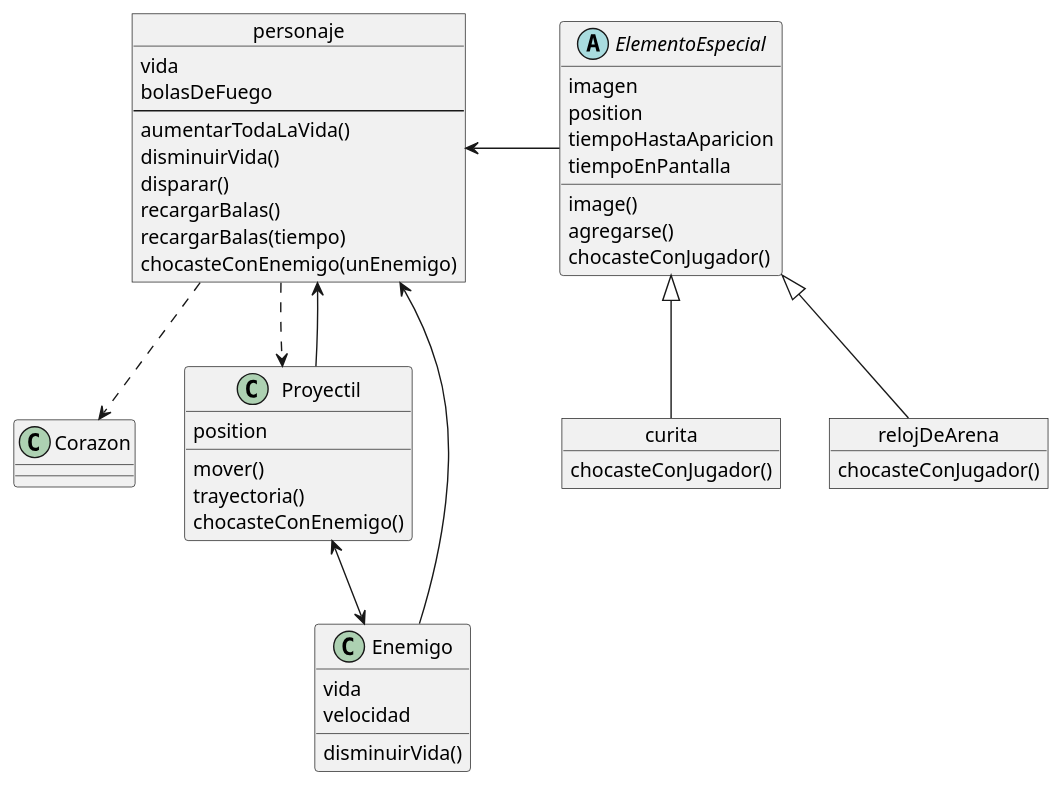
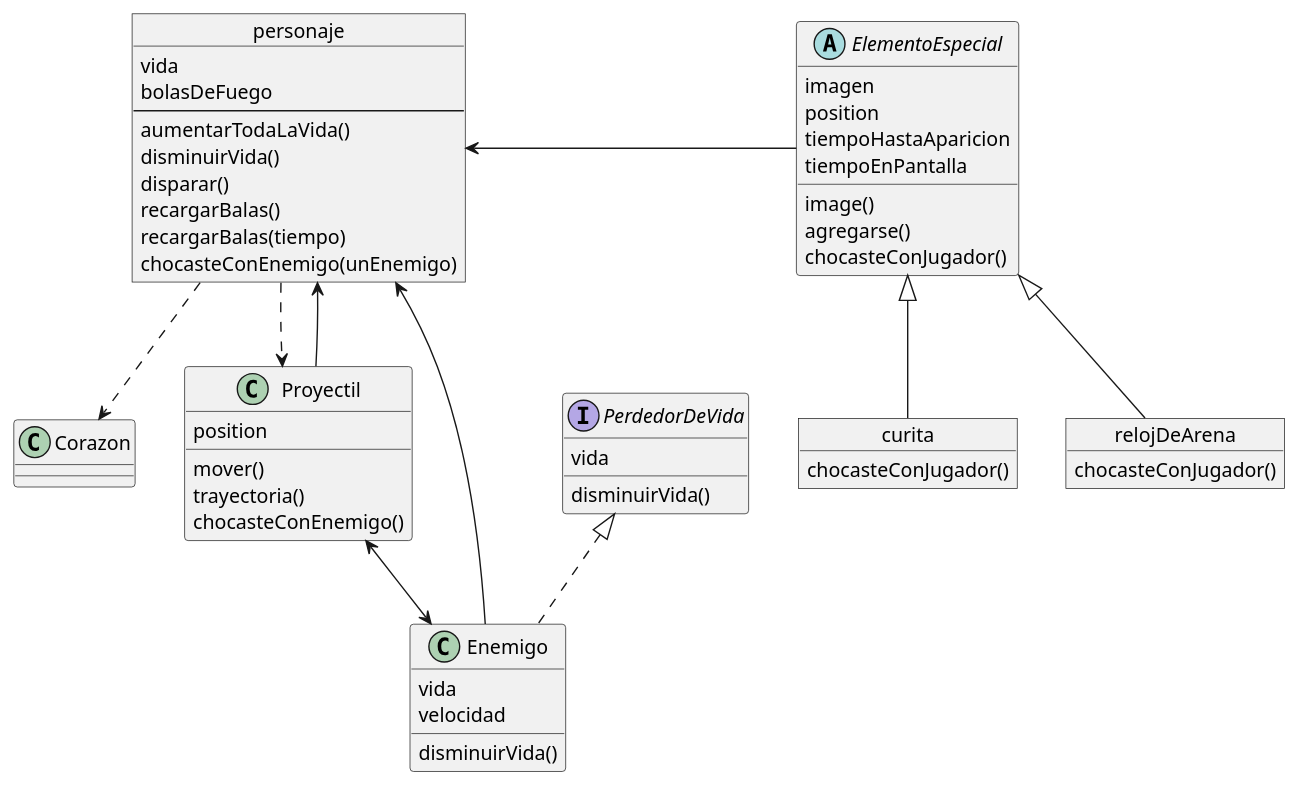
Before and after one commit to pdepjm/2022-tpgame-commit: the diagram in diagrama.wsd, drawn with PlantUML. The commit also changed 2 other files, not shown here.

```diff
--- a/diagrama.wsd
+++ b/diagrama.wsd
@@ -1,76 +1,82 @@
 @startuml Diagramas
 
 abstract class ElementoEspecial {
     imagen
     position
     tiempoHastaAparicion
     tiempoEnPantalla
 
     image()
     agregarse()
     chocasteConJugador()
 
 }
 
 object curita {
 
     chocasteConJugador()
 }
 
 object relojDeArena {
 
     chocasteConJugador()
 } 
 
 ElementoEspecial <|-- curita
 ElementoEspecial <|-- relojDeArena
+
+interface PerdedorDeVida {
+    vida
+    
+    disminuirVida()
+}
 
 
 object personaje {
     vida
     bolasDeFuego
     ----
     aumentarTodaLaVida()
     disminuirVida()
     disparar()
     recargarBalas()
     recargarBalas(tiempo)
     chocasteConEnemigo(unEnemigo)
 }
 
 ElementoEspecial -l-> personaje
 
 class Corazon {
 
 }
 
 class Proyectil {
     position
 
     mover()
     trayectoria()
     chocasteConEnemigo()
 
 }
 
 personaje ..> Proyectil
 personaje ..> Corazon
 Proyectil --> personaje
 
- class Enemigo {
+ class Enemigo implements PerdedorDeVida {
     vida
     velocidad
 
     disminuirVida()
 
 }
 
 
 
 Enemigo --> personaje
 Proyectil <--> Enemigo
 
 
 
 
 @enduml
```
